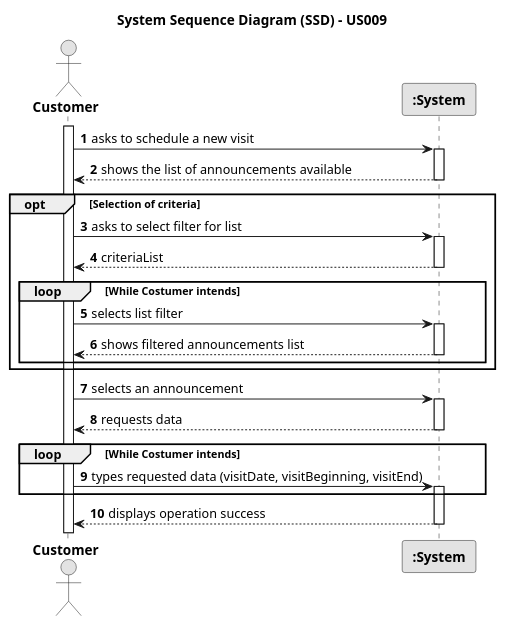
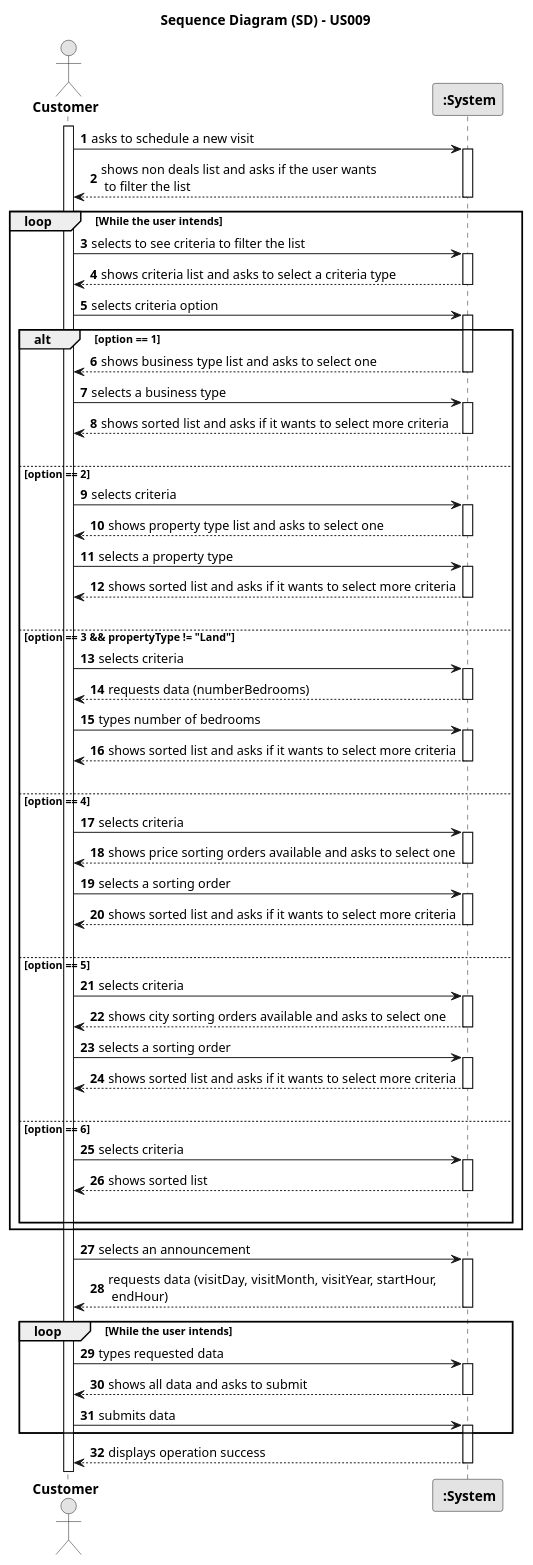
The diagram in docs/sprintD/us009/01.requirements-engineering/puml/us009-system-sequence-diagram.puml (rita-barbosa/LAPR2-2223), drawn with PlantUML before and after one commit. The commit also changed 27 other files, not shown here.

```diff
--- a/docs/sprintD/us009/01.requirements-engineering/puml/us009-system-sequence-diagram.puml
+++ b/docs/sprintD/us009/01.requirements-engineering/puml/us009-system-sequence-diagram.puml
@@ -1,56 +1,136 @@
 @startuml
 skinparam monochrome true
 skinparam packageStyle rectangle
 skinparam shadowing false
 
-title System Sequence Diagram (SSD) - US009
+title Sequence Diagram (SD) - US009
 
 autonumber
 
 actor "<b> Customer </b>" as CTM
-participant "<b> :System </b>" as System
+participant "<b> :System</b>" as SYSTEM
 
 activate CTM
 
-    CTM -> System : asks to schedule a new visit
-        activate System
+    CTM -> SYSTEM : asks to schedule a new visit
+        activate SYSTEM
 
-    System --> CTM : shows the list of announcements available
-        deactivate System
+        SYSTEM --> CTM : shows non deals list and asks if the user wants\n to filter the list
+    deactivate SYSTEM
 
-    opt Selection of criteria
+    loop While the user intends
 
-        CTM -> System : asks to select filter for list
-        activate System
+    CTM -> SYSTEM : selects to see criteria to filter the list
+    activate SYSTEM
 
-        System --> CTM : criteriaList
-        deactivate System
+        SYSTEM --> CTM : shows criteria list and asks to select a criteria type
+    deactivate SYSTEM
 
-        loop While Costumer intends
+            CTM -> SYSTEM : selects criteria option
+            activate SYSTEM
 
-            CTM -> System : selects list filter
-            activate System
+            alt option == 1
 
-                System --> CTM : shows filtered announcements list
-            deactivate System
+                SYSTEM --> CTM : shows business type list and asks to select one
+                deactivate SYSTEM
+
+                CTM -> SYSTEM : selects a business type
+                activate SYSTEM
+
+                    SYSTEM --> CTM : shows sorted list and asks if it wants to select more criteria
+                deactivate SYSTEM
+|||
+            else option == 2
+            
+                CTM -> SYSTEM : selects criteria
+                activate SYSTEM
+
+                SYSTEM --> CTM : shows property type list and asks to select one
+                deactivate SYSTEM
+
+                CTM -> SYSTEM : selects a property type
+                activate SYSTEM
+
+                    SYSTEM --> CTM : shows sorted list and asks if it wants to select more criteria
+                deactivate SYSTEM
+|||
+            else option == 3 && propertyType != "Land"
+
+                CTM -> SYSTEM : selects criteria
+                activate SYSTEM
+
+                SYSTEM --> CTM : requests data (numberBedrooms)
+                deactivate SYSTEM
+
+                CTM -> SYSTEM : types number of bedrooms
+                activate SYSTEM
+
+                    SYSTEM --> CTM : shows sorted list and asks if it wants to select more criteria
+                deactivate SYSTEM
+|||
+            else option == 4
+
+                CTM -> SYSTEM : selects criteria
+                activate SYSTEM
+
+                SYSTEM --> CTM : shows price sorting orders available and asks to select one
+                deactivate SYSTEM
+
+
+                CTM -> SYSTEM : selects a sorting order
+                activate SYSTEM
+
+                    SYSTEM --> CTM : shows sorted list and asks if it wants to select more criteria
+                deactivate SYSTEM
+|||
+            else option == 5
+
+                CTM -> SYSTEM : selects criteria
+                activate SYSTEM
+            
+                SYSTEM --> CTM : shows city sorting orders available and asks to select one
+                deactivate SYSTEM
+
+
+                CTM -> SYSTEM : selects a sorting order
+                activate SYSTEM
+
+                    SYSTEM --> CTM : shows sorted list and asks if it wants to select more criteria
+                deactivate SYSTEM
+|||
+            else option == 6
+
+                CTM -> SYSTEM : selects criteria
+                activate SYSTEM
+
+                    SYSTEM --> CTM : shows sorted list
+                deactivate SYSTEM
+|||
+            deactivate SYSTEM
+
+            end alt
+
         end loop
 
-    end opt
+    CTM -> SYSTEM : selects an announcement
+        activate SYSTEM
 
-    CTM -> System : selects an announcement
-        activate System
+    SYSTEM --> CTM : requests data (visitDay, visitMonth, visitYear, startHour,\n endHour)
+        deactivate SYSTEM
 
-    System --> CTM : requests data
-        deactivate System
+    loop While the user intends
+    CTM -> SYSTEM : types requested data
+        activate SYSTEM
 
-    loop While Costumer intends
+    SYSTEM --> CTM : shows all data and asks to submit
+    deactivate SYSTEM
 
-    CTM -> System : types requested data (visitDate, visitBeginning, visitEnd)
-        activate System
+    CTM -> SYSTEM : submits data
+    activate SYSTEM
 
     end loop
 
-    System --> CTM : displays operation success
-        deactivate System
+    SYSTEM --> CTM : displays operation success
+    deactivate SYSTEM
 
 @enduml
```
